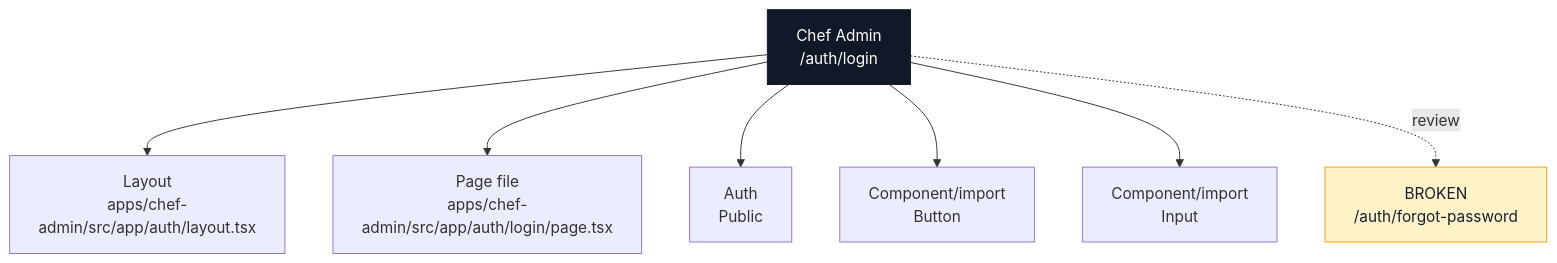
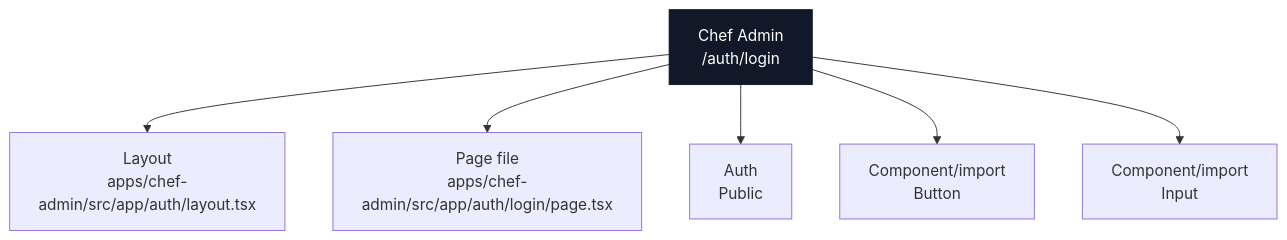
Before and after one commit to Ritenoob/ridendine-marketplace: the second of 17 diagrams in docs/architecture/codebase-map/pages/chef-admin-pages.md, drawn with Mermaid. The commit also changed other lines of this file and 53 other files, not shown here.

````diff
--- a/docs/architecture/codebase-map/pages/chef-admin-pages.md
+++ b/docs/architecture/codebase-map/pages/chef-admin-pages.md
@@ -11,22 +81,19 @@
 ```mermaid
 flowchart TB
   Page["Chef Admin<br/>/auth/login"]
   Layout["Layout<br/>apps/chef-admin/src/app/auth/layout.tsx"]
   File["Page file<br/>apps/chef-admin/src/app/auth/login/page.tsx"]
   Auth["Auth<br/>Public"]
   Page --> Layout
   Page --> File
   Page --> Auth
   Component0["Component/import<br/>Button"]
   Page --> Component0
   Component1["Component/import<br/>Input"]
   Page --> Component1
-  Gap0["BROKEN<br/>/auth/forgot-password"]
-  Page -. review .-> Gap0
   classDef page fill:#111827,stroke:#111827,color:#ffffff
   classDef data fill:#dcfce7,stroke:#16a34a,color:#172033
   classDef api fill:#dbeafe,stroke:#2563eb,color:#172033
   classDef warn fill:#fef3c7,stroke:#f59e0b,color:#172033
   class Page page
-  class Gap0 warn
 ```
````
